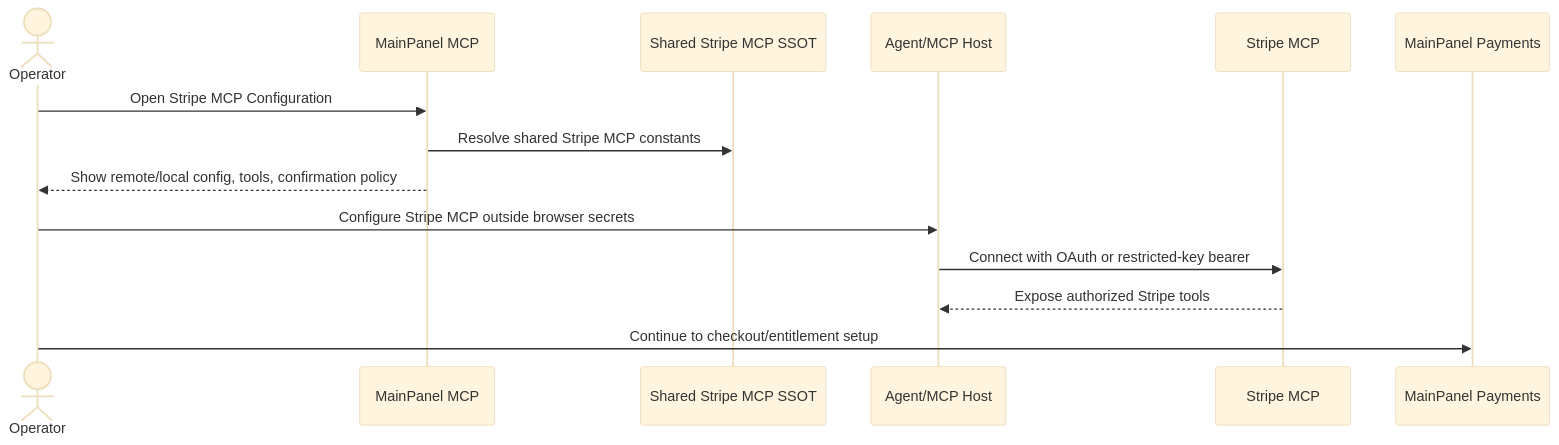
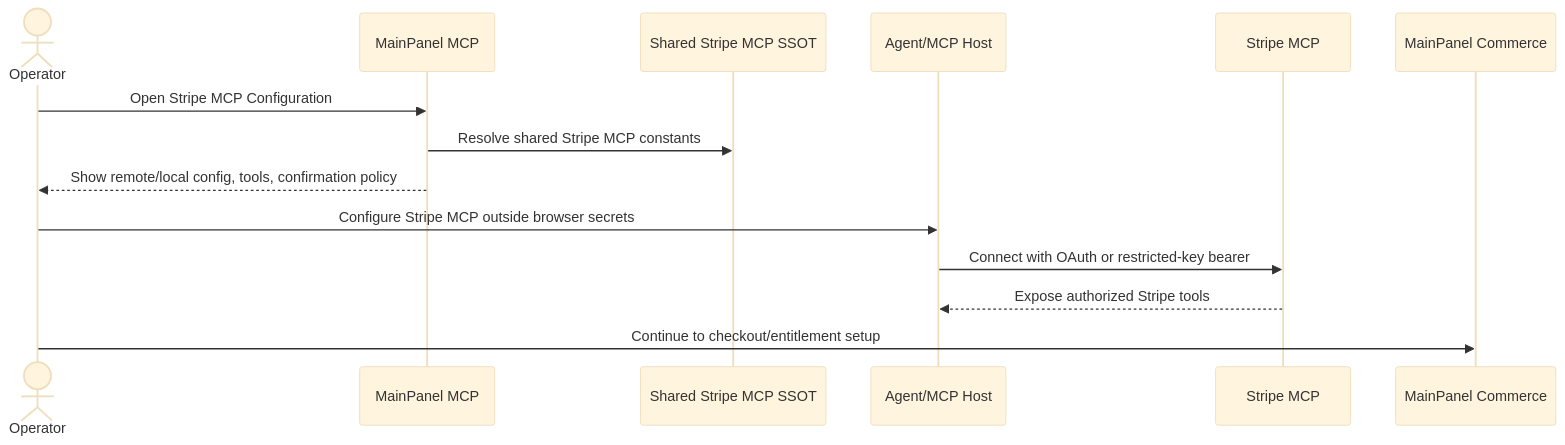
One commit to huijoohwee/knowgrph changed the second of 2 diagrams in docs/documents/knowgrph-mcp/knowgrph-stripe-mcp-service.md. Above: the diagram before and after it, drawn with Mermaid (base theme). The commit also changed other lines of this file and 88 other files, not shown here.

First line of the commit message:
feat: rename payments tab to commerce and add agentic commerce support

````diff
--- a/docs/documents/knowgrph-mcp/knowgrph-stripe-mcp-service.md
+++ b/docs/documents/knowgrph-mcp/knowgrph-stripe-mcp-service.md
@@ -277,17 +277,17 @@
 ```mermaid
 sequenceDiagram
   actor Operator
   participant MCP as MainPanel MCP
   participant SSOT as Shared Stripe MCP SSOT
   participant Host as Agent/MCP Host
   participant Stripe as Stripe MCP
-  participant Payments as MainPanel Payments
+  participant Commerce as MainPanel Commerce
 
   Operator->>MCP: Open Stripe MCP Configuration
   MCP->>SSOT: Resolve shared Stripe MCP constants
   MCP-->>Operator: Show remote/local config, tools, confirmation policy
   Operator->>Host: Configure Stripe MCP outside browser secrets
   Host->>Stripe: Connect with OAuth or restricted-key bearer
   Stripe-->>Host: Expose authorized Stripe tools
-  Operator->>Payments: Continue to checkout/entitlement setup
+  Operator->>Commerce: Continue to checkout/entitlement setup
 ```
````
